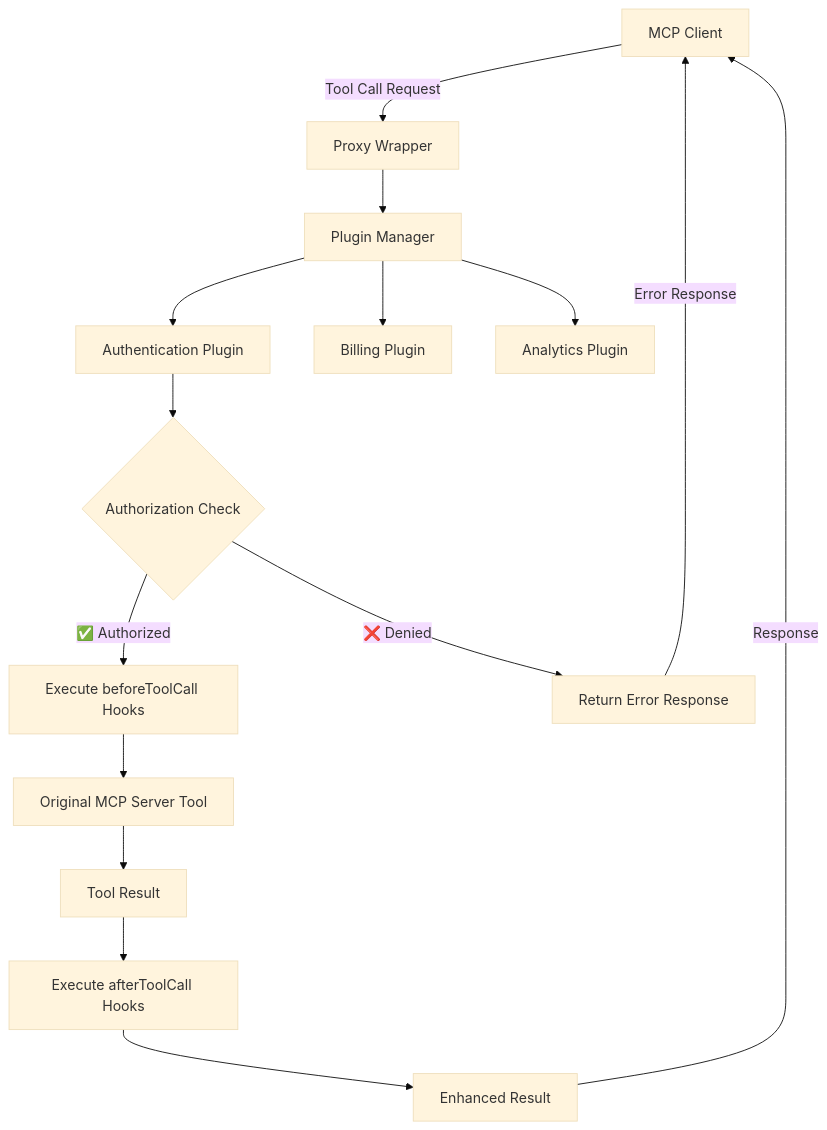
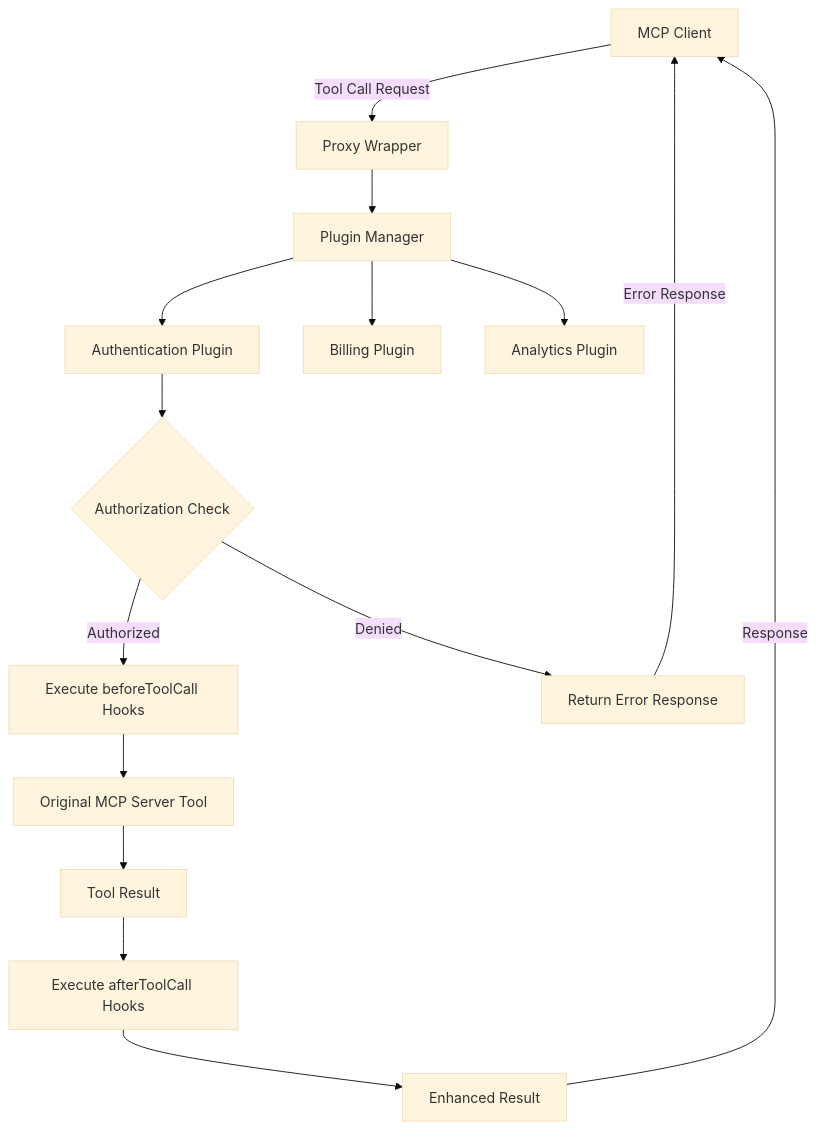
One commit to mcp-plugins/mcp-proxy-wrapper changed the diagram in docs/pages/how-it-works.mdx. Above: the diagram before and after it, drawn with Mermaid (base theme). The commit also changed other lines of this file and 6 other files, not shown here.

````diff
--- a/docs/pages/how-it-works.mdx
+++ b/docs/pages/how-it-works.mdx
@@ -13,17 +15,17 @@
 ```mermaid
 graph TD
     A[MCP Client] -->|Tool Call Request| B[Proxy Wrapper]
     B --> C[Plugin Manager]
     C --> D[Authentication Plugin]
     C --> E[Billing Plugin] 
     C --> F[Analytics Plugin]
     D --> G{Authorization Check}
-    G -->|✅ Authorized| H[Execute beforeToolCall Hooks]
-    G -->|❌ Denied| I[Return Error Response]
+    G -->|Authorized| H[Execute beforeToolCall Hooks]
+    G -->|Denied| I[Return Error Response]
     H --> J[Original MCP Server Tool]
     J --> K[Tool Result]
     K --> L[Execute afterToolCall Hooks]
     L --> M[Enhanced Result]
     M -->|Response| A
     I -->|Error Response| A
 ```
````
